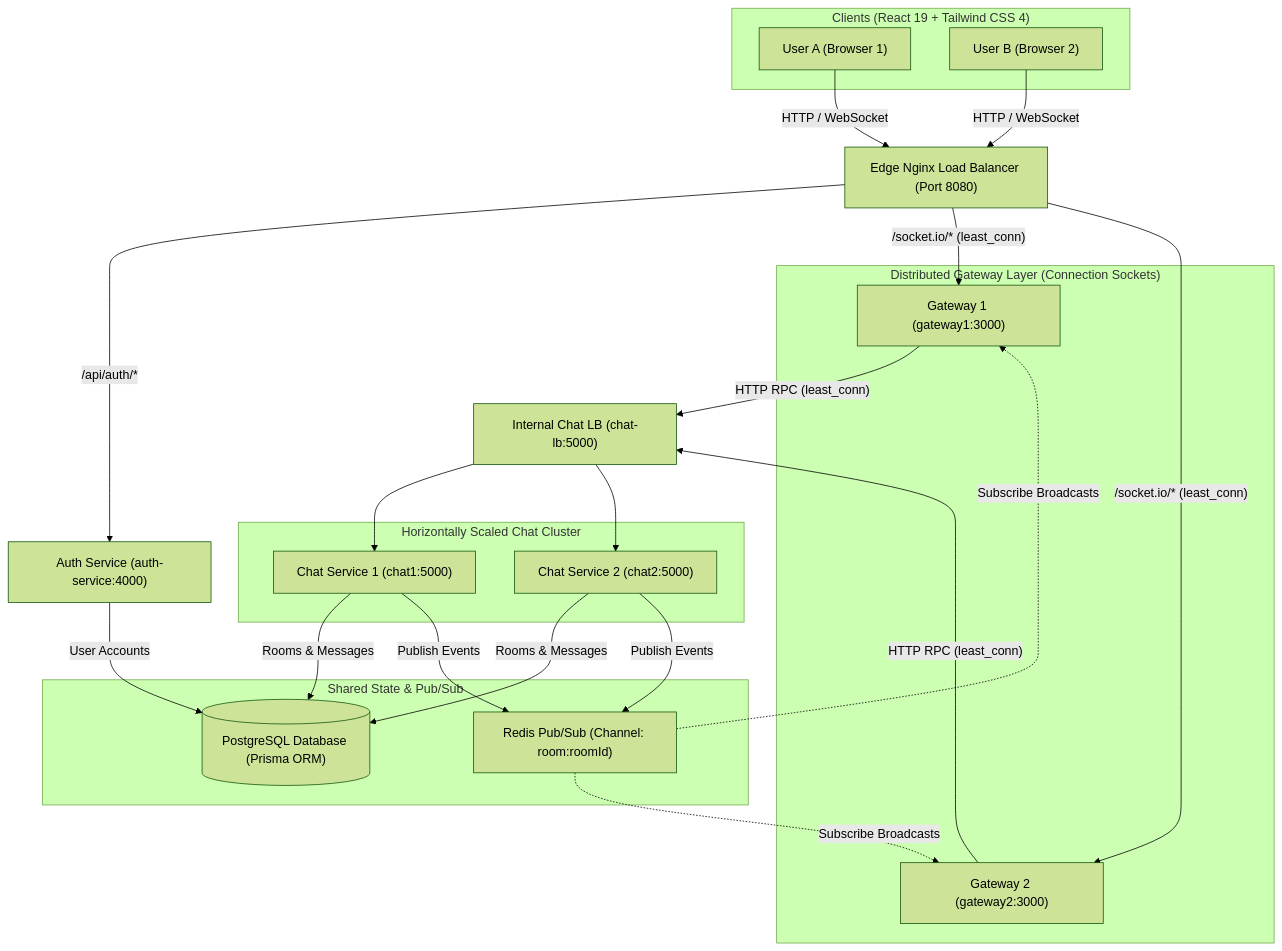
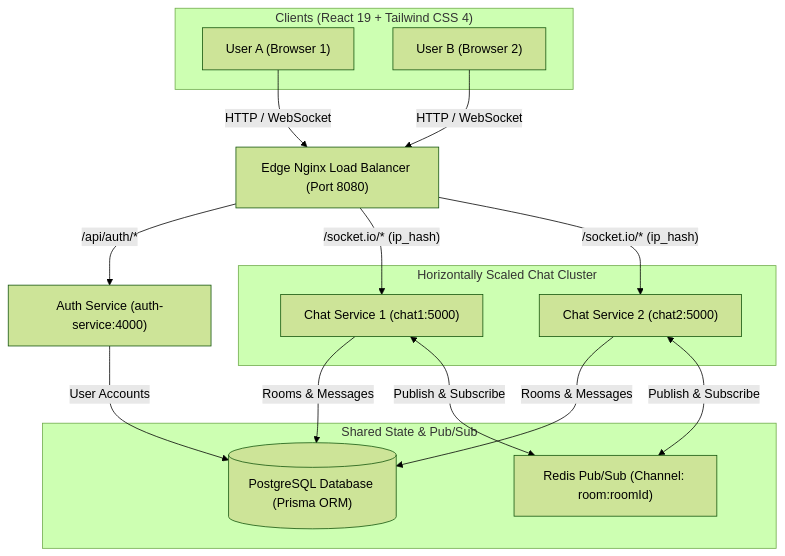
One commit to ahmdsam-netizen/chat-distributed-system changed the diagram in README.md. Above: the diagram before and after it, drawn with Mermaid (forest theme). The commit also changed other lines of this file and 22 other files, not shown here.

Commit message:
2nd architecture change

````diff
--- a/README.md
+++ b/README.md
@@ -35,50 +33,35 @@
 ```mermaid
 flowchart TD
     subgraph Clients["Clients (React 19 + Tailwind CSS 4)"]
         UserA["User A (Browser 1)"]
         UserB["User B (Browser 2)"]
     end
 
     EdgeNginx["Edge Nginx Load Balancer (Port 8080)"]
 
-    subgraph Gateways["Distributed Gateway Layer (Connection Sockets)"]
-        GW1["Gateway 1 (gateway1:3000)"]
-        GW2["Gateway 2 (gateway2:3000)"]
-    end
-
     AuthSvc["Auth Service (auth-service:4000)"]
-    ChatLB["Internal Chat LB (chat-lb:5000)"]
 
     subgraph ChatCluster["Horizontally Scaled Chat Cluster"]
         Chat1["Chat Service 1 (chat1:5000)"]
         Chat2["Chat Service 2 (chat2:5000)"]
     end
 
     subgraph Infrastructure["Shared State & Pub/Sub"]
         Redis["Redis Pub/Sub (Channel: room:roomId)"]
         Postgres[("PostgreSQL Database (Prisma ORM)")]
     end
 
     UserA -->|"HTTP / WebSocket"| EdgeNginx
     UserB -->|"HTTP / WebSocket"| EdgeNginx
 
     EdgeNginx -->|"/api/auth/*"| AuthSvc
-    EdgeNginx -->|"/socket.io/* (least_conn)"| GW1
-    EdgeNginx -->|"/socket.io/* (least_conn)"| GW2
-
-    GW1 -->|"HTTP RPC (least_conn)"| ChatLB
-    GW2 -->|"HTTP RPC (least_conn)"| ChatLB
-
-    ChatLB --> Chat1
-    ChatLB --> Chat2
+    EdgeNginx -->|"/socket.io/* (ip_hash)"| Chat1
+    EdgeNginx -->|"/socket.io/* (ip_hash)"| Chat2
 
     AuthSvc -->|"User Accounts"| Postgres
     Chat1 -->|"Rooms & Messages"| Postgres
     Chat2 -->|"Rooms & Messages"| Postgres
 
-    Chat1 -->|"Publish Events"| Redis
-    Chat2 -->|"Publish Events"| Redis
-
-    Redis -.->|"Subscribe Broadcasts"| GW1
-    Redis -.->|"Subscribe Broadcasts"| GW2
+    Chat1 <-->|"Publish & Subscribe"| Redis
+    Chat2 <-->|"Publish & Subscribe"| Redis
 ```
````
